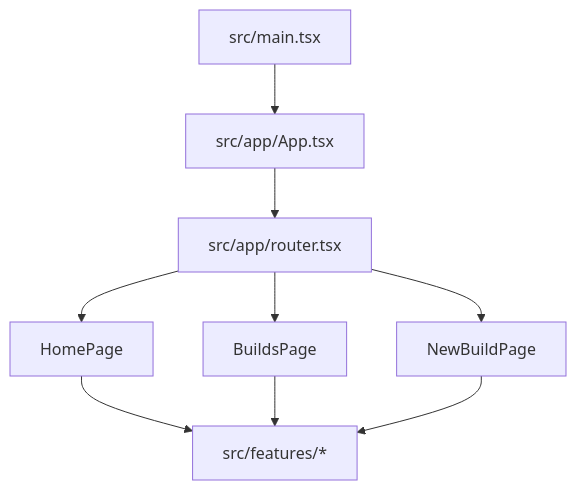
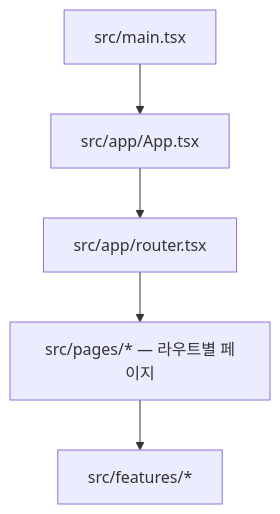
One commit to kpubdata-lab/kpubdata-studio changed the second of 5 diagrams in ARCHITECTURE.md. Above: the diagram before and after it, drawn with Mermaid. The commit also changed other lines of this file and 9 other files, not shown here.

````diff
--- a/ARCHITECTURE.md
+++ b/ARCHITECTURE.md
@@ -41,11 +42,7 @@
 ```mermaid
 graph TD
     Main[src/main.tsx] --> App[src/app/App.tsx]
     App --> Router[src/app/router.tsx]
-    Router --> Home[HomePage]
-    Router --> Builds[BuildsPage]
-    Router --> NewBuild[NewBuildPage]
-    Home --> Features[src/features/*]
-    Builds --> Features
-    NewBuild --> Features
+    Router --> Pages[src/pages/* — 라우트별 페이지]
+    Pages --> Features[src/features/*]
 ```
````
